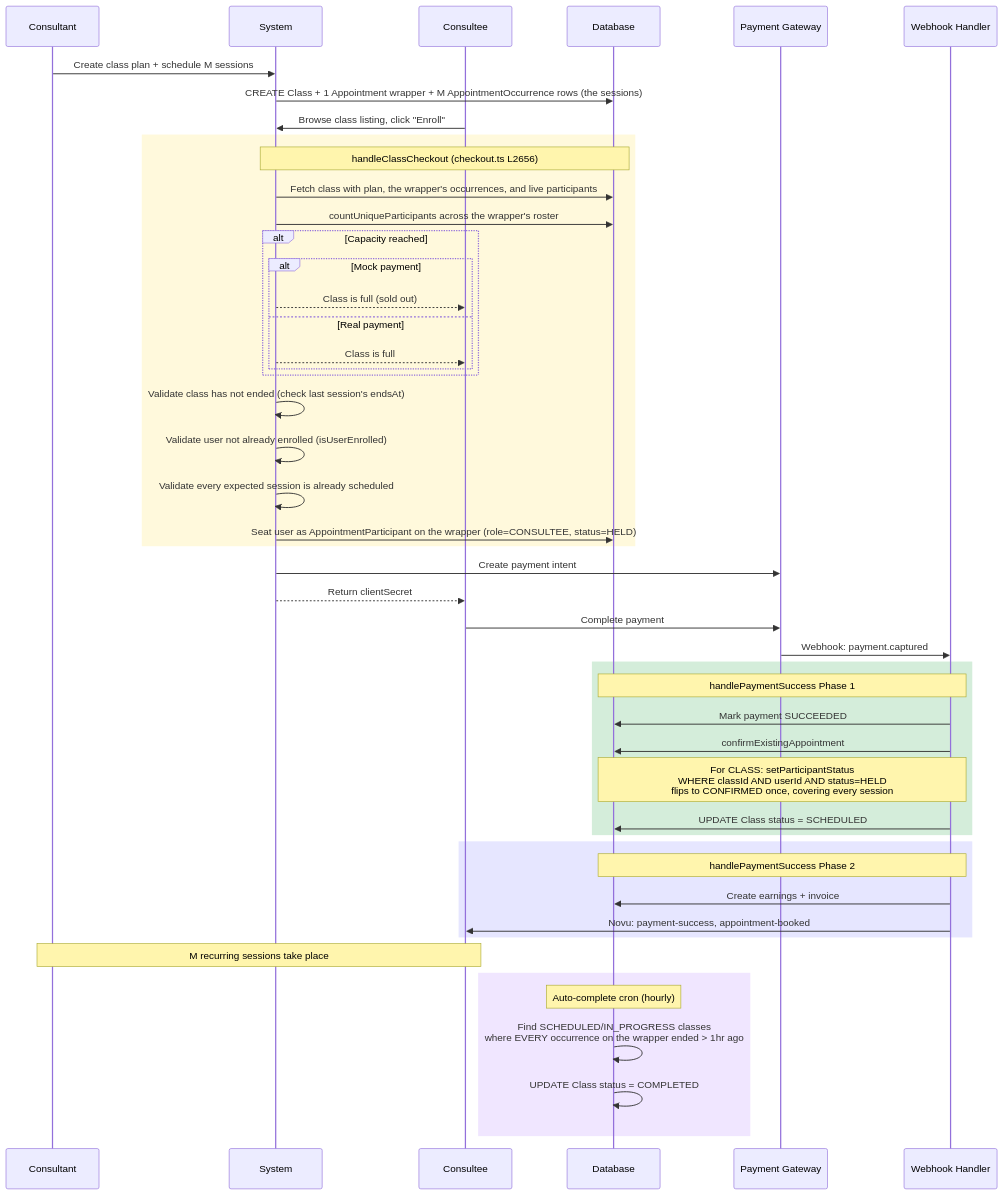
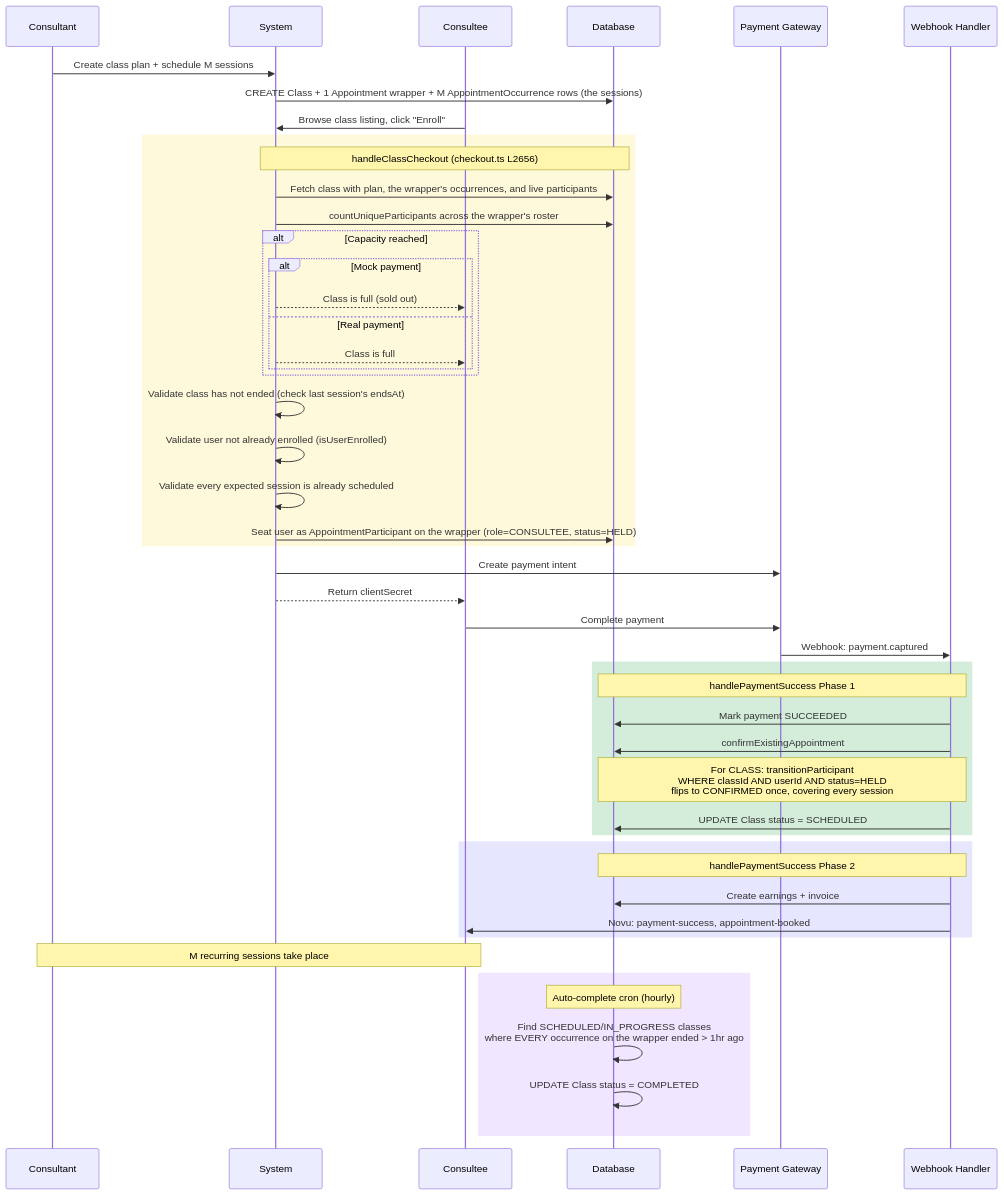
The seventh of 16 diagrams in docs/booking/06-booking-lifecycle.md (Practitionist/familiarise_web), drawn with Mermaid before and after one commit. The commit also changed other lines of this file and 11 other files, not shown here.

````diff
--- a/docs/booking/06-booking-lifecycle.md
+++ b/docs/booking/06-booking-lifecycle.md
@@ -546,61 +546,61 @@
 ```mermaid
 sequenceDiagram
     participant CT as Consultant
     participant SYS as System
     participant CE as Consultee
     participant DB as Database
     participant GW as Payment Gateway
     participant WH as Webhook Handler
 
     CT->>SYS: Create class plan + schedule M sessions
     SYS->>DB: CREATE Class + 1 Appointment wrapper + M AppointmentOccurrence rows (the sessions)
 
     CE->>SYS: Browse class listing, click "Enroll"
 
     rect rgb(255, 249, 220)
         Note over SYS,DB: handleClassCheckout (checkout.ts L2656)
         SYS->>DB: Fetch class with plan, the wrapper's occurrences, and live participants
         SYS->>DB: countUniqueParticipants across the wrapper's roster
 
         alt Capacity reached
             alt Mock payment
                 SYS-->>CE: Class is full (sold out)
             else Real payment
                 SYS-->>CE: Class is full
             end
         end
 
         SYS->>SYS: Validate class has not ended (check last session's endsAt)
         SYS->>SYS: Validate user not already enrolled (isUserEnrolled)
         SYS->>SYS: Validate every expected session is already scheduled
 
         SYS->>DB: Seat user as AppointmentParticipant on the wrapper (role=CONSULTEE, status=HELD)
     end
 
     SYS->>GW: Create payment intent
     SYS-->>CE: Return clientSecret
     CE->>GW: Complete payment
     GW->>WH: Webhook: payment.captured
 
     rect rgb(212, 237, 218)
         Note over WH,DB: handlePaymentSuccess Phase 1
         WH->>DB: Mark payment SUCCEEDED
         WH->>DB: confirmExistingAppointment
-        Note over WH,DB: For CLASS: setParticipantStatus<br/>WHERE classId AND userId AND status=HELD<br/>flips to CONFIRMED once, covering every session
+        Note over WH,DB: For CLASS: transitionParticipant<br/>WHERE classId AND userId AND status=HELD<br/>flips to CONFIRMED once, covering every session
         WH->>DB: UPDATE Class status = SCHEDULED
     end
 
     rect rgb(230, 230, 255)
         Note over WH,DB: handlePaymentSuccess Phase 2
         WH->>DB: Create earnings + invoice
         WH->>CE: Novu: payment-success, appointment-booked
     end
 
     Note over CT,CE: M recurring sessions take place
 
     rect rgb(240, 230, 255)
         Note over DB: Auto-complete cron (hourly)
         DB->>DB: Find SCHEDULED/IN_PROGRESS classes<br/>where EVERY occurrence on the wrapper ended > 1hr ago
         DB->>DB: UPDATE Class status = COMPLETED
     end
 ```
````
